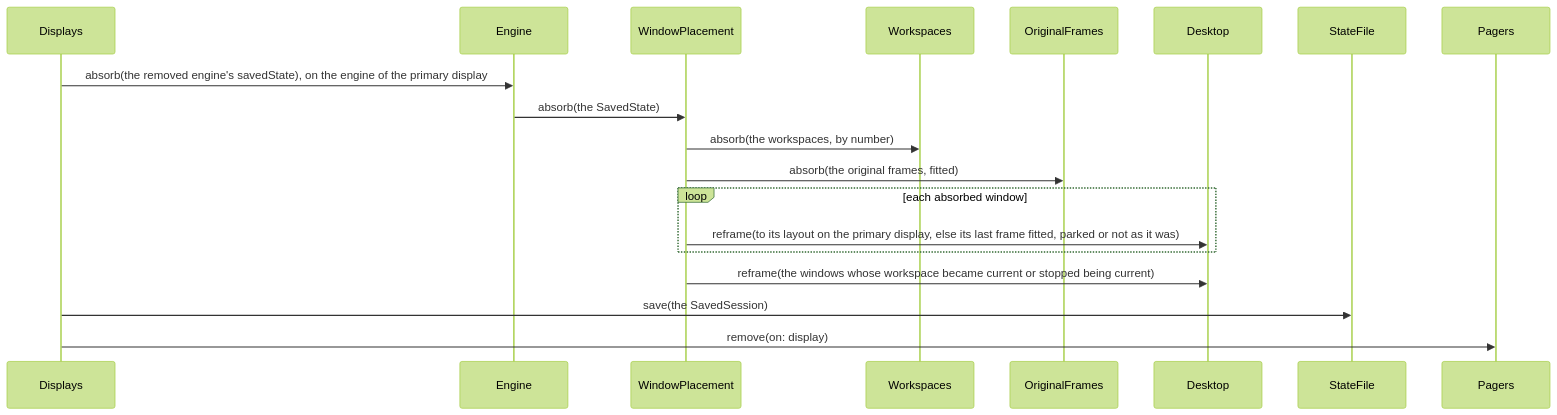
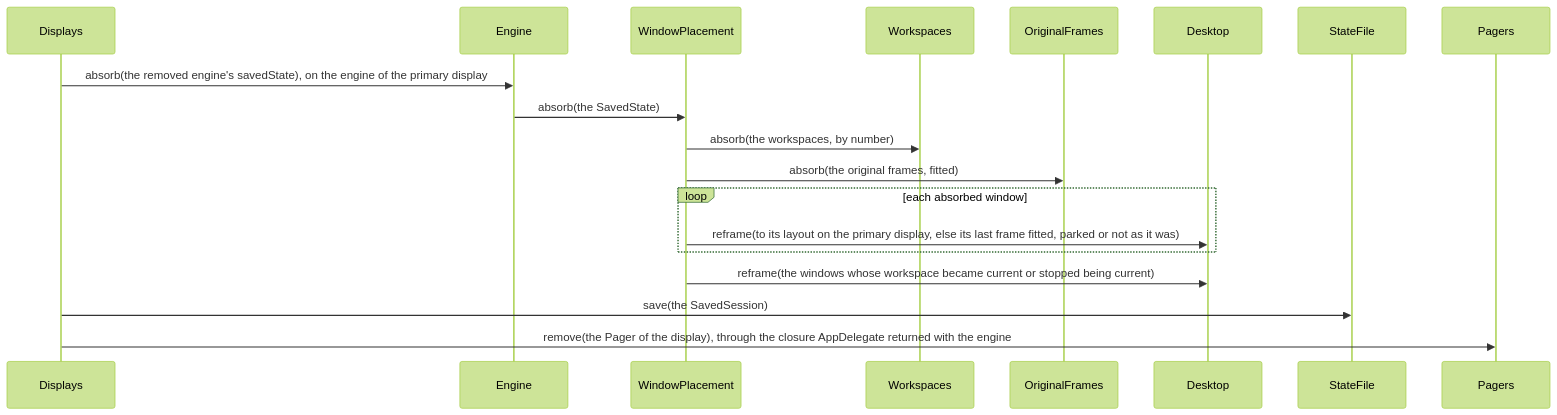
Diagram 17 of 25 in ARCHITECTURE.md (brennovich/ottowm), drawn with Mermaid (forest theme) before and after one commit. The commit also changed other lines of this file and 5 other files, not shown here.

First line of the commit message:
Remove a display's Pager with the closure its engine came with

````diff
--- a/ARCHITECTURE.md
+++ b/ARCHITECTURE.md
@@ -418,13 +418,13 @@
 ```mermaid
 sequenceDiagram
     Displays->>Engine: absorb(the removed engine's savedState), on the engine of the primary display
     Engine->>WindowPlacement: absorb(the SavedState)
     WindowPlacement->>Workspaces: absorb(the workspaces, by number)
     WindowPlacement->>OriginalFrames: absorb(the original frames, fitted)
     loop each absorbed window
         WindowPlacement->>Desktop: reframe(to its layout on the primary display, else its last frame fitted, parked or not as it was)
     end
     WindowPlacement->>Desktop: reframe(the windows whose workspace became current or stopped being current)
     Displays->>StateFile: save(the SavedSession)
-    Displays->>Pagers: remove(on: display)
+    Displays->>Pagers: remove(the Pager of the display), through the closure AppDelegate returned with the engine
 ```
````
